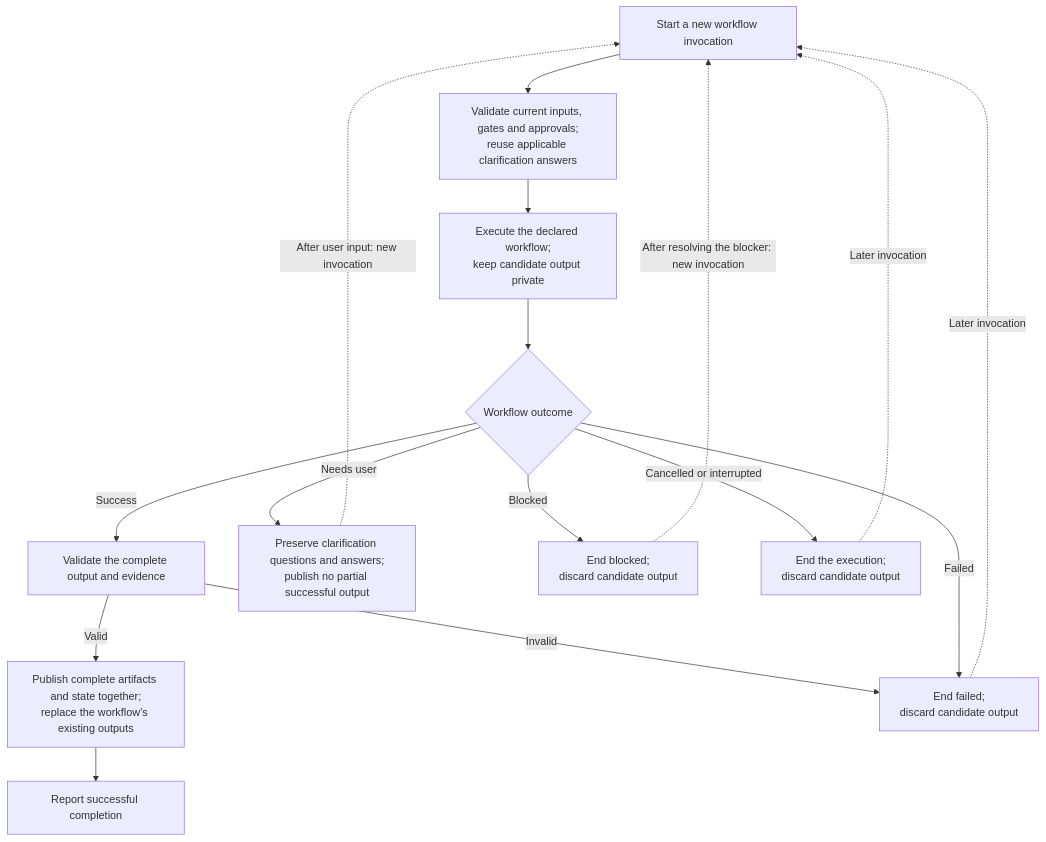
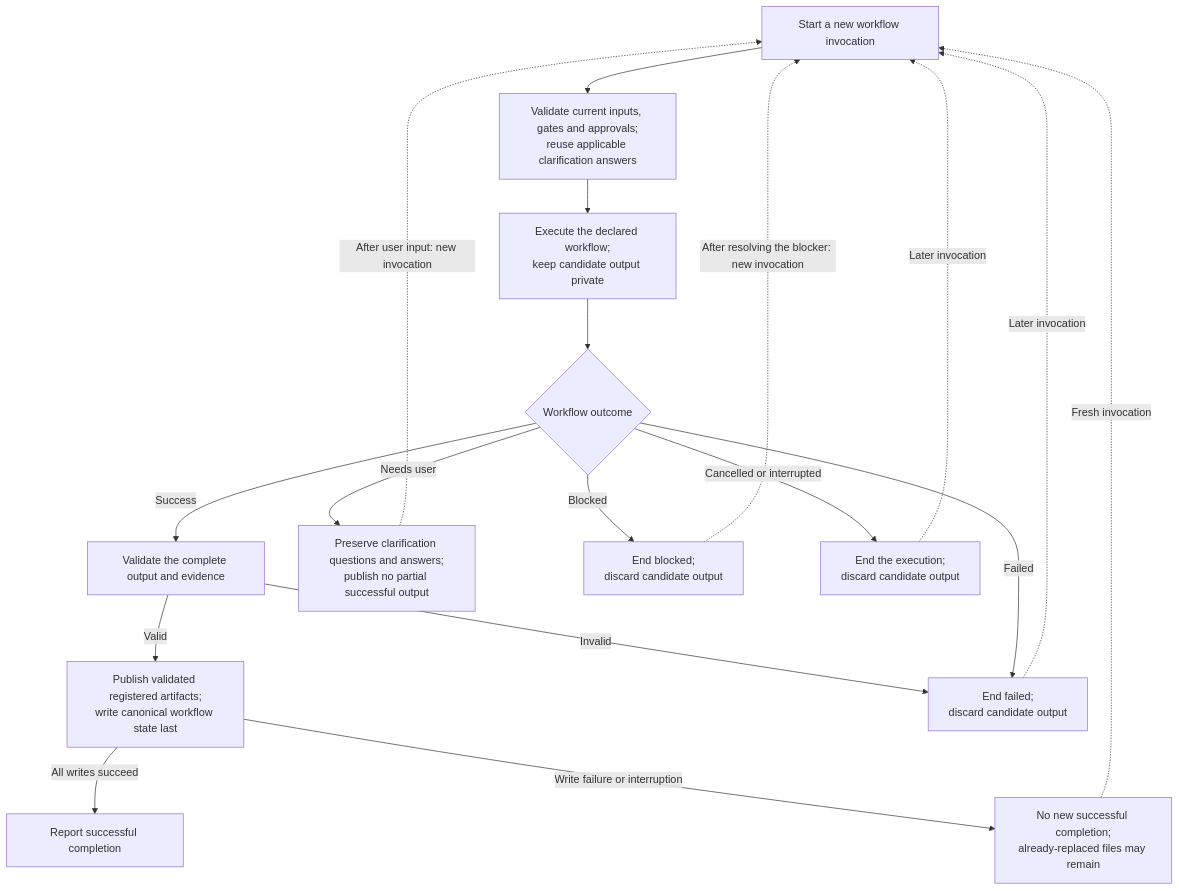
Before and after one commit to littledespot/sdde: the diagram in design/diagrams/09-atomic-workflow-execution.md, drawn with Mermaid. The commit also changed other lines of this file and 99 other files, not shown here.

````diff
--- a/design/diagrams/09-atomic-workflow-execution.md
+++ b/design/diagrams/09-atomic-workflow-execution.md
@@ -3,18 +3,20 @@
 ```mermaid
 flowchart TD
     START["Start a new workflow invocation"] --> INPUTS["Validate current inputs, gates and approvals;<br/>reuse applicable clarification answers"]
     INPUTS --> RUN["Execute the declared workflow;<br/>keep candidate output private"]
     RUN --> RESULT{"Workflow outcome"}
     RESULT -->|Success| VALIDATE["Validate the complete output and evidence"]
-    VALIDATE -->|Valid| OUTPUT["Publish complete artifacts and state together;<br/>replace the workflow's existing outputs"]
-    OUTPUT --> COMPLETE["Report successful completion"]
+    VALIDATE -->|Valid| OUTPUT["Publish validated registered artifacts;<br/>write canonical workflow state last"]
+    OUTPUT -->|All writes succeed| COMPLETE["Report successful completion"]
+    OUTPUT -->|Write failure or interruption| WRITEFAIL["No new successful completion;<br/>already-replaced files may remain"]
+    WRITEFAIL -. Fresh invocation .-> START
     VALIDATE -->|Invalid| FAILED["End failed;<br/>discard candidate output"]
     RESULT -->|Needs user| CLARIFY["Preserve clarification questions and answers;<br/>publish no partial successful output"]
     RESULT -->|Failed| FAILED
     RESULT -->|Blocked| BLOCKED["End blocked;<br/>discard candidate output"]
     RESULT -->|Cancelled or interrupted| ABANDON["End the execution;<br/>discard candidate output"]
     CLARIFY -. After user input: new invocation .-> START
     FAILED -. Later invocation .-> START
     BLOCKED -. After resolving the blocker: new invocation .-> START
     ABANDON -. Later invocation .-> START
 ```
````
